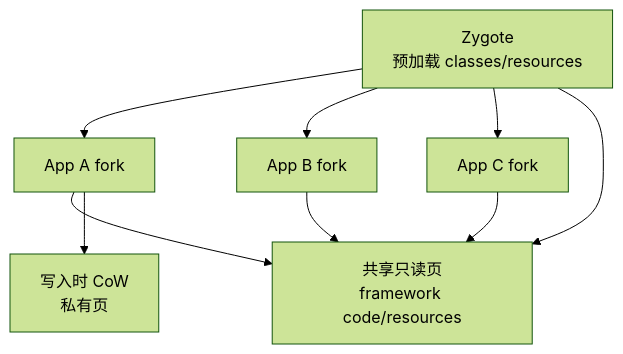
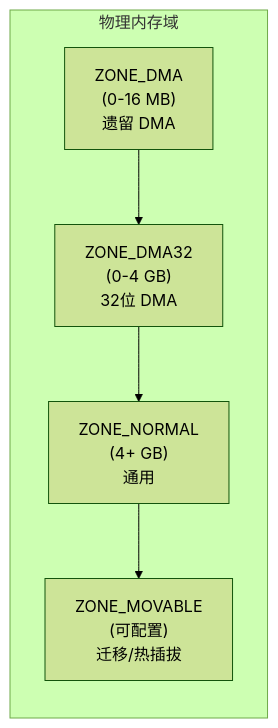
One commit to fwrite0920/aosp-internal-book changed the second of 20 diagrams in 08-memory-management-zh.md. Above: the diagram before and after it, drawn with Mermaid (forest theme). The commit also changed other lines of this file and 63 other files, not shown here.

````diff
--- a/08-memory-management-zh.md
+++ b/08-memory-management-zh.md
@@ -99,13 +105,11 @@
 ```mermaid
-graph TD
-    Z["Zygote<br/>预加载 classes/resources"] --> A1["App A fork"]
-    Z --> A2["App B fork"]
-    Z --> A3["App C fork"]
-    SHARED["共享只读页<br/>framework code/resources"]
-    COW["写入时 CoW<br/>私有页"]
-    Z --> SHARED
-    A1 --> SHARED
-    A2 --> SHARED
-    A3 --> SHARED
-    A1 --> COW
+graph LR
+    subgraph "物理内存域"
+        DMA["ZONE_DMA<br/>(0-16 MB)<br/>遗留 DMA"]
+        DMA32["ZONE_DMA32<br/>(0-4 GB)<br/>32位 DMA"]
+        NORMAL["ZONE_NORMAL<br/>(4+ GB)<br/>通用"]
+        MOVABLE["ZONE_MOVABLE<br/>(可配置)<br/>迁移/热插拔"]
+    end
+
+    DMA --> DMA32 --> NORMAL --> MOVABLE
 ```
````
